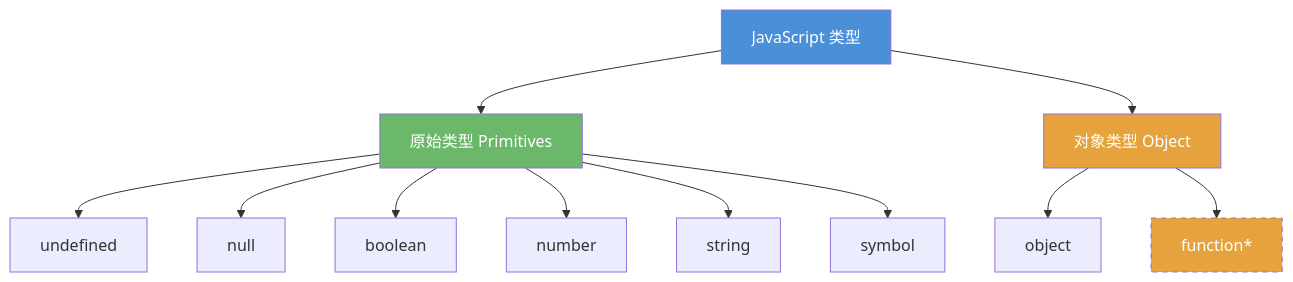
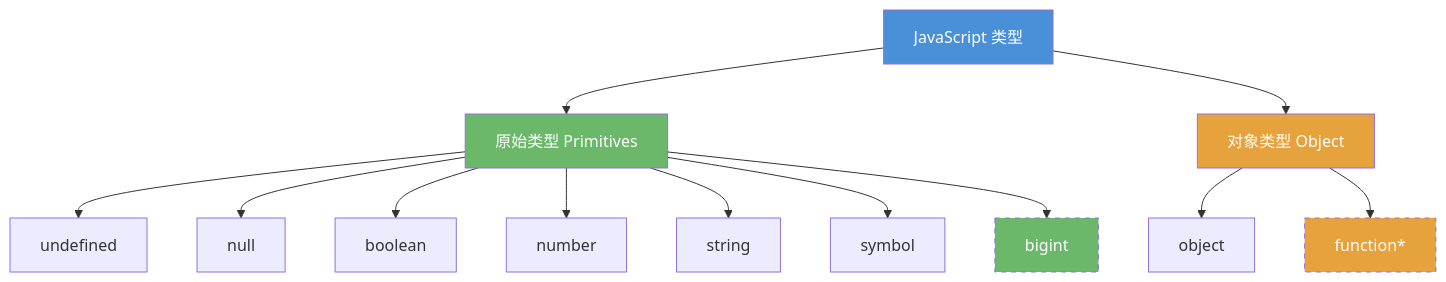
Before and after one commit to wuxudongxd/slidev-ydkjs-types: the first of 6 diagrams in slides.md, drawn with Mermaid. The commit also changed other lines of this file, not shown here.

First line of the commit message:
fix: quiz interaction, BigInt, panorama mindmap

````diff
--- a/slides.md
+++ b/slides.md
@@ -102,18 +101,20 @@
 ```mermaid
 graph TD
     A[JavaScript 类型] --> B[原始类型 Primitives]
     A --> C[对象类型 Object]
     B --> D[undefined]
     B --> E[null]
     B --> F[boolean]
     B --> G[number]
     B --> H[string]
     B --> I[symbol]
+    B --> I2[bigint]
     C --> J[object]
     C --> K[function*]
 
     style A fill:#4a90d9,color:#fff
     style B fill:#6bb86b,color:#fff
     style C fill:#e6a23c,color:#fff
     style K fill:#e6a23c,color:#fff,stroke-dasharray: 5 5
+    style I2 fill:#6bb86b,color:#fff,stroke-dasharray: 5 5
 ```
````
